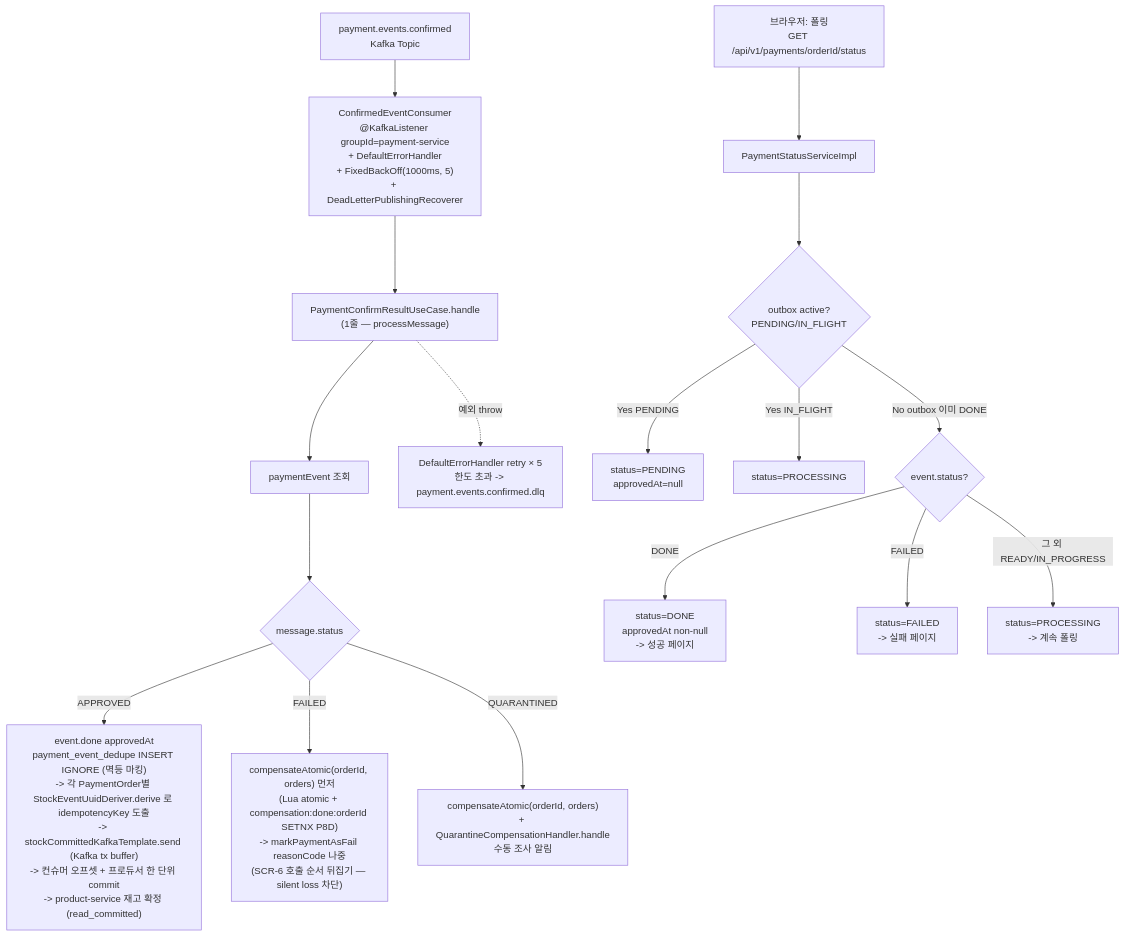
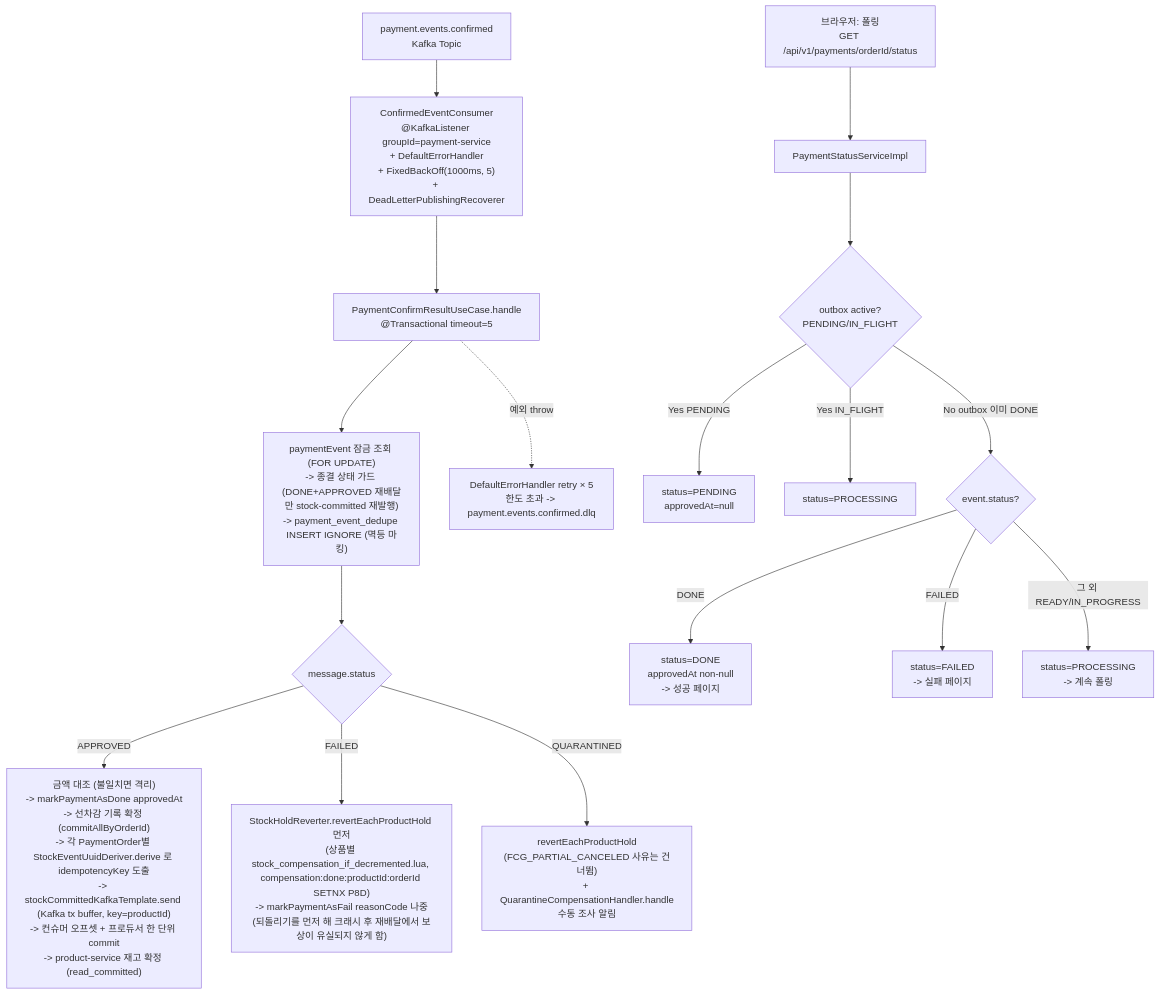
The fifth of 10 diagrams in docs/context/PAYMENT-FLOW.md (hyoguoo/payment-platform), drawn with Mermaid before and after one commit. The commit also changed other lines of this file and 7 other files, not shown here.

````diff
--- a/docs/context/PAYMENT-FLOW.md
+++ b/docs/context/PAYMENT-FLOW.md
@@ -145,20 +144,20 @@
 ```mermaid
 flowchart TD
     AA["payment.events.confirmed<br/>Kafka Topic"] --> AB["ConfirmedEventConsumer<br/>@KafkaListener groupId=payment-service<br/>+ DefaultErrorHandler<br/>+ FixedBackOff(1000ms, 5)<br/>+ DeadLetterPublishingRecoverer"]
-    AB --> AC["PaymentConfirmResultUseCase.handle<br/>(1줄 — processMessage)"]
-    AC --> AC2["paymentEvent 조회"]
+    AB --> AC["PaymentConfirmResultUseCase.handle<br/>@Transactional timeout=5"]
+    AC --> AC2["paymentEvent 잠금 조회 (FOR UPDATE)<br/>-> 종결 상태 가드 (DONE+APPROVED 재배달만 stock-committed 재발행)<br/>-> payment_event_dedupe INSERT IGNORE (멱등 마킹)"]
     AC2 --> AD{"message.status"}
-    AD -->|APPROVED| AE1["event.done approvedAt<br/>payment_event_dedupe INSERT IGNORE (멱등 마킹)<br/>-> 각 PaymentOrder별 StockEventUuidDeriver.derive 로 idempotencyKey 도출<br/>-> stockCommittedKafkaTemplate.send (Kafka tx buffer)<br/>-> 컨슈머 오프셋 + 프로듀서 한 단위 commit<br/>-> product-service 재고 확정 (read_committed)"]
-    AD -->|FAILED| AE2["compensateAtomic(orderId, orders) 먼저<br/>(Lua atomic + compensation:done:orderId SETNX P8D)<br/>-> markPaymentAsFail reasonCode 나중<br/>(SCR-6 호출 순서 뒤집기 — silent loss 차단)"]
-    AD -->|QUARANTINED| AE3["compensateAtomic(orderId, orders)<br/>+ QuarantineCompensationHandler.handle<br/>수동 조사 알림"]
+    AD -->|APPROVED| AE1["금액 대조 (불일치면 격리)<br/>-> markPaymentAsDone approvedAt<br/>-> 선차감 기록 확정 (commitAllByOrderId)<br/>-> 각 PaymentOrder별 StockEventUuidDeriver.derive 로 idempotencyKey 도출<br/>-> stockCommittedKafkaTemplate.send (Kafka tx buffer, key=productId)<br/>-> 컨슈머 오프셋 + 프로듀서 한 단위 commit<br/>-> product-service 재고 확정 (read_committed)"]
+    AD -->|FAILED| AE2["StockHoldReverter.revertEachProductHold 먼저<br/>(상품별 stock_compensation_if_decremented.lua, compensation:done:productId:orderId SETNX P8D)<br/>-> markPaymentAsFail reasonCode 나중<br/>(되돌리기를 먼저 해 크래시 후 재배달에서 보상이 유실되지 않게 함)"]
+    AD -->|QUARANTINED| AE3["revertEachProductHold<br/>(FCG_PARTIAL_CANCELED 사유는 건너뜀)<br/>+ QuarantineCompensationHandler.handle<br/>수동 조사 알림"]
     AC -.예외 throw.-> AERR["DefaultErrorHandler retry × 5<br/>한도 초과 -> payment.events.confirmed.dlq"]
 
     AF["브라우저: 폴링<br/>GET /api/v1/payments/orderId/status"] --> AG["PaymentStatusServiceImpl"]
     AG --> AG1{"outbox active?<br/>PENDING/IN_FLIGHT"}
     AG1 -->|Yes PENDING| AG1a["status=PENDING<br/>approvedAt=null"]
     AG1 -->|Yes IN_FLIGHT| AG1b["status=PROCESSING"]
     AG1 -->|No outbox 이미 DONE| AG2{"event.status?"}
     AG2 -->|DONE| AH1["status=DONE<br/>approvedAt non-null<br/>-> 성공 페이지"]
     AG2 -->|FAILED| AH2["status=FAILED<br/>-> 실패 페이지"]
     AG2 -->|"그 외 READY/IN_PROGRESS"| AH3["status=PROCESSING<br/>-> 계속 폴링"]
 ```
````
